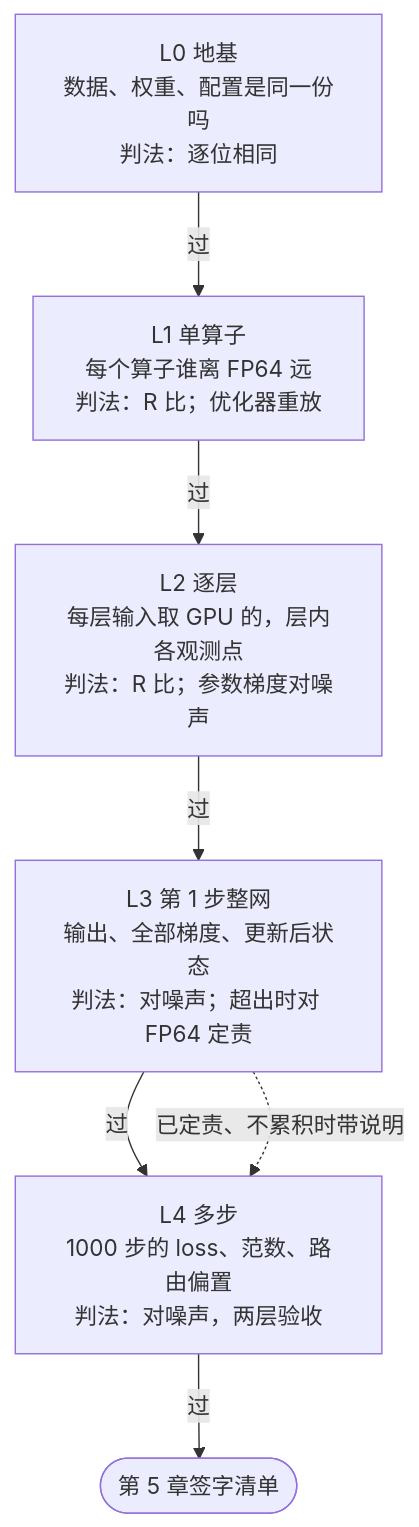
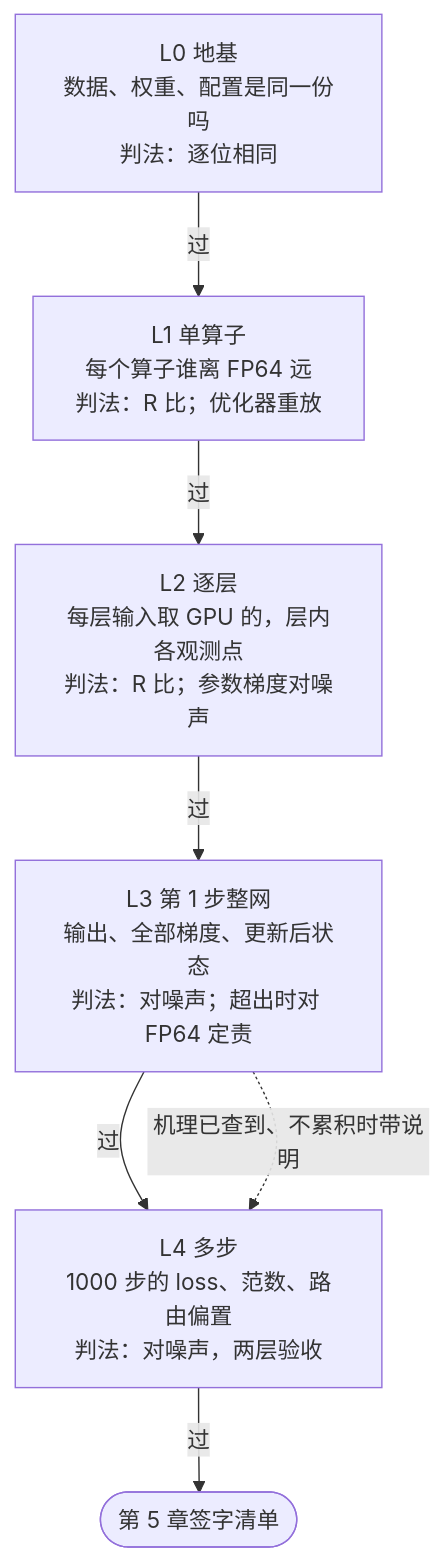
The diagram in docs/guide/04-level-by-level.md (yangwhale/janus), drawn with Mermaid before and after one commit. The commit also changed other lines of this file and 241 other files, not shown here.

````diff
--- a/docs/guide/04-level-by-level.md
+++ b/docs/guide/04-level-by-level.md
@@ -9,11 +9,11 @@
 ```mermaid
 flowchart TB
   L0["L0 地基<br/>数据、权重、配置是同一份吗<br/>判法：逐位相同"]
   L1["L1 单算子<br/>每个算子谁离 FP64 远<br/>判法：R 比；优化器重放"]
   L2["L2 逐层<br/>每层输入取 GPU 的，层内各观测点<br/>判法：R 比；参数梯度对噪声"]
   L3["L3 第 1 步整网<br/>输出、全部梯度、更新后状态<br/>判法：对噪声；超出时对 FP64 定责"]
   L4["L4 多步<br/>1000 步的 loss、范数、路由偏置<br/>判法：对噪声，两层验收"]
   L0 -- 过 --> L1 -- 过 --> L2 -- 过 --> L3 -- 过 --> L4
   L4 -- 过 --> S(["第 5 章签字清单"])
-  L3 -. 已定责、不累积时带说明 .-> L4
+  L3 -. 机理已查到、不累积时带说明 .-> L4
 ```
````
